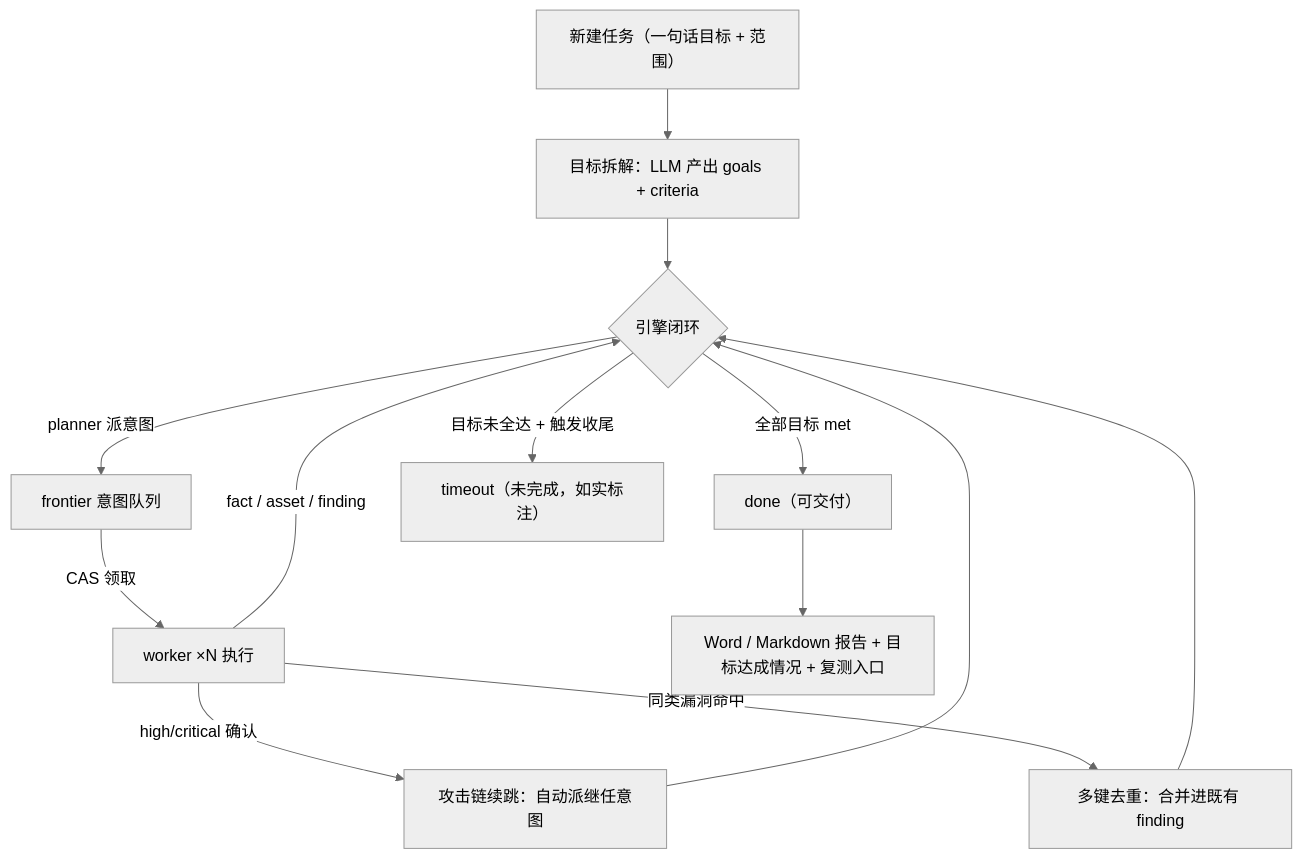
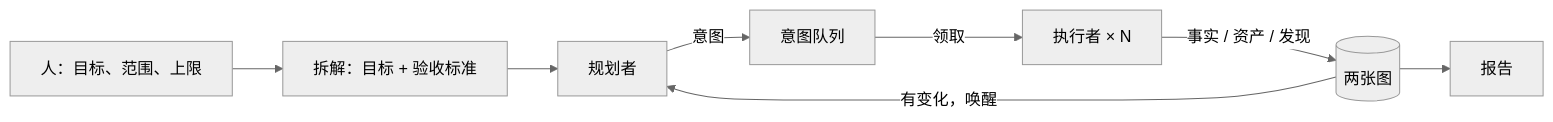
One commit to Maplisky/qisha changed the diagram in README.md. Above: the diagram before and after it, drawn with Mermaid (neutral theme). The commit also changed other lines of this file and 29 other files, not shown here.

````diff
--- a/README.md
+++ b/README.md
@@ -383,15 +238,10 @@
 ```mermaid
-flowchart TB
-  T["新建任务（一句话目标 + 范围）"] --> GD["目标拆解：LLM 产出 goals + criteria"]
-  GD --> LOOP{引擎闭环}
-  LOOP -->|"planner 派意图"| FR["frontier 意图队列"]
-  FR -->|"CAS 领取"| W["worker ×N 执行"]
-  W -->|"fact / asset / finding"| LOOP
-  W -->|"high/critical 确认"| CH["攻击链续跳：自动派继任意图"]
-  CH --> LOOP
-  W -->|"同类漏洞命中"| DD["多键去重：合并进既有 finding"]
-  DD --> LOOP
-  LOOP -->|"全部目标 met"| DONE["done（可交付）"]
-  LOOP -->|"目标未全达 + 触发收尾"| TO["timeout（未完成，如实标注）"]
-  DONE --> REP["Word / Markdown 报告 + 目标达成情况 + 复测入口"]
+flowchart LR
+  H["人：目标、范围、上限"] --> G["拆解：目标 + 验收标准"]
+  G --> P["规划者"]
+  P -->|"意图"| Q["意图队列"]
+  Q -->|"领取"| W["执行者 × N"]
+  W -->|"事实 / 资产 / 发现"| A[("两张图")]
+  A -->|"有变化，唤醒"| P
+  A --> R["报告"]
 ```
````
